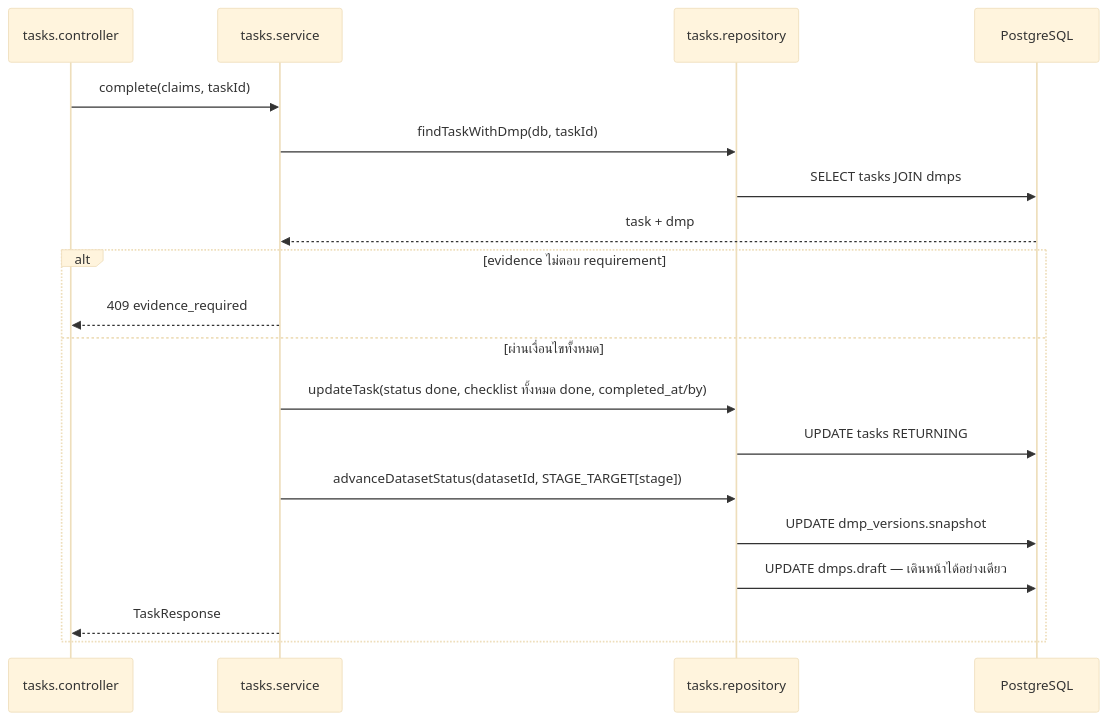
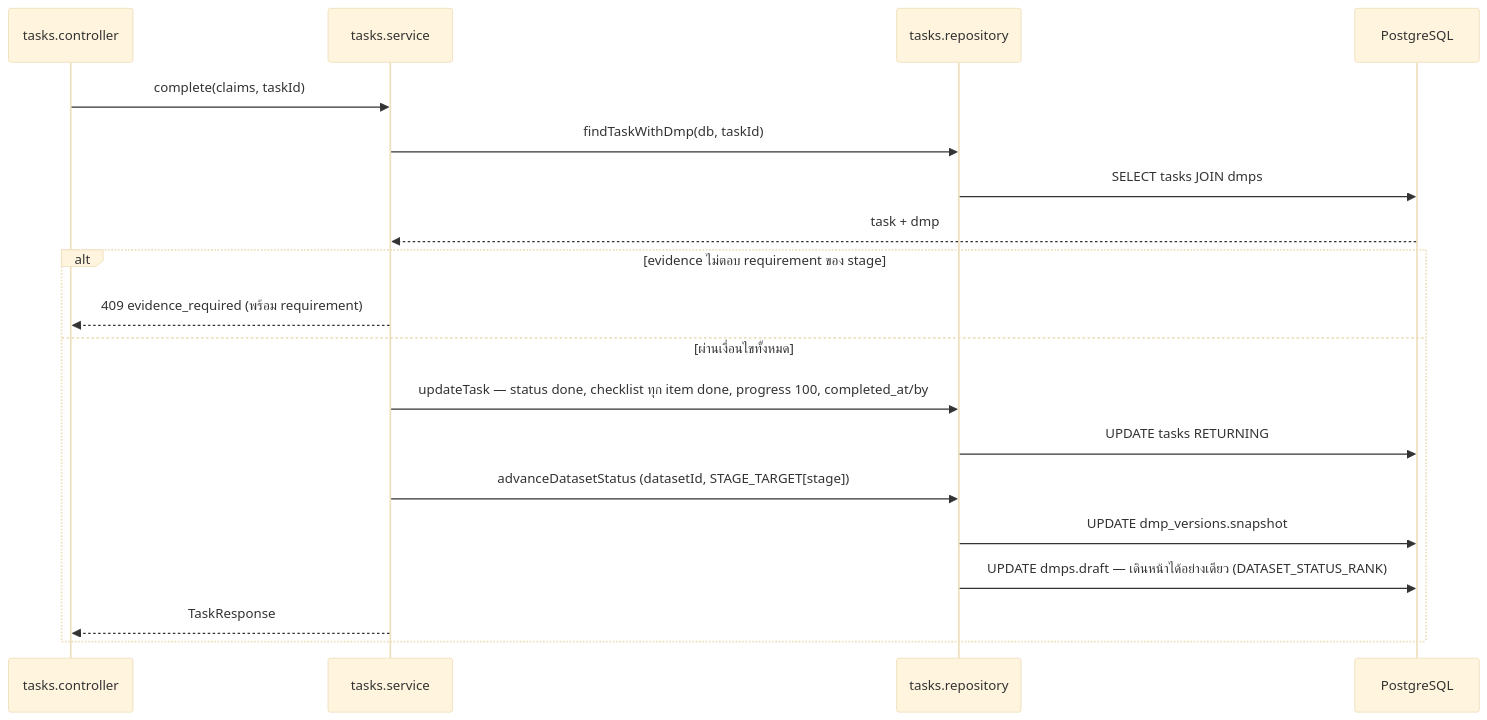
Before and after one commit to Open-Science-and-Data-management/Backend: the first of 3 diagrams in src/features/tasks/README.md, drawn with Mermaid (base theme). The commit also changed other lines of this file and 20 other files, not shown here.

````diff
--- a/src/features/tasks/README.md
+++ b/src/features/tasks/README.md
@@ -115,21 +175,21 @@
 ```mermaid
 sequenceDiagram
     participant C as tasks.controller
     participant S as tasks.service
     participant R as tasks.repository
     participant PG as PostgreSQL
     C->>S: complete(claims, taskId)
     S->>R: findTaskWithDmp(db, taskId)
     R->>PG: SELECT tasks JOIN dmps
     PG-->>S: task + dmp
-    alt evidence ไม่ตอบ requirement
-        S-->>C: 409 evidence_required
+    alt evidence ไม่ตอบ requirement ของ stage
+        S-->>C: 409 evidence_required (พร้อม requirement)
     else ผ่านเงื่อนไขทั้งหมด
-        S->>R: updateTask(status done, checklist ทั้งหมด done, completed_at/by)
+        S->>R: updateTask — status done, checklist ทุก item done, progress 100, completed_at/by
         R->>PG: UPDATE tasks RETURNING
-        S->>R: advanceDatasetStatus(datasetId, STAGE_TARGET[stage])
+        S->>R: advanceDatasetStatus (datasetId, STAGE_TARGET[stage])
         R->>PG: UPDATE dmp_versions.snapshot
-        R->>PG: UPDATE dmps.draft — เดินหน้าได้อย่างเดียว
+        R->>PG: UPDATE dmps.draft — เดินหน้าได้อย่างเดียว (DATASET_STATUS_RANK)
         S-->>C: TaskResponse
     end
 ```
````
